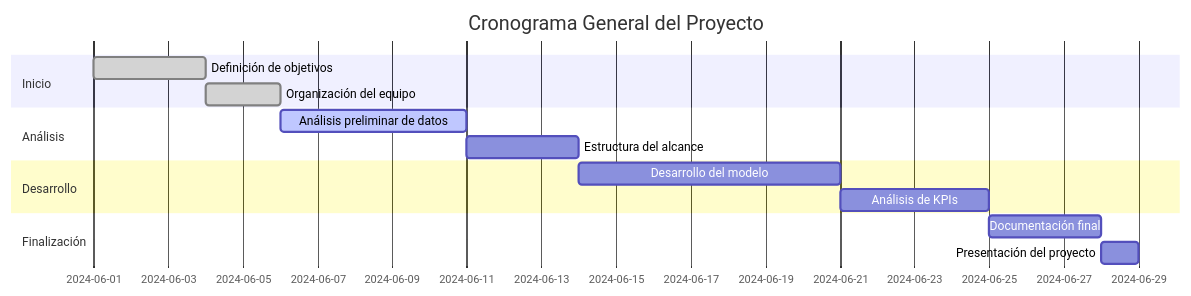
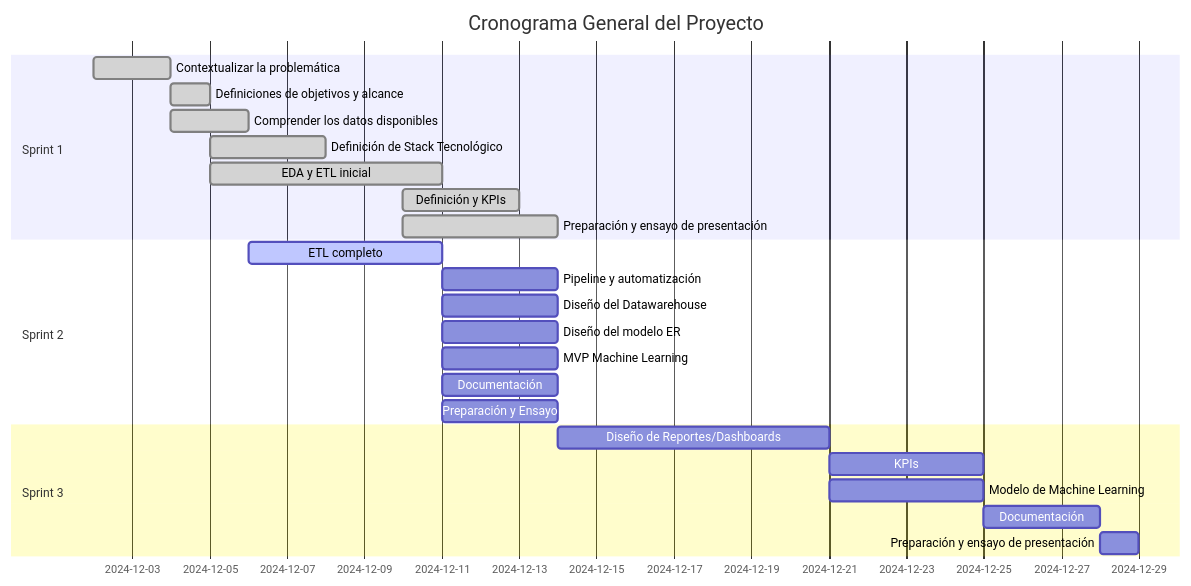
The diagram in README.md (SDCaFlo/datapt11_pf_grupo02), drawn with Mermaid before and after one commit. The commit also changed other lines of this file, not shown here.

````diff
--- a/README.md
+++ b/README.md
@@ -222,18 +226,27 @@
 ```mermaid
 gantt
     title Cronograma General del Proyecto
     dateFormat  YYYY-MM-DD
-    section Inicio
-    Definición de objetivos           :done, b1, 2024-06-01, 3d
-    Organización del equipo           :done, a2, 2024-06-04, 2d
-    section Análisis
-    Análisis preliminar de datos      :active, b1, 2024-06-06, 5d
-    Estructura del alcance            :b2, 2024-06-11, 3d
-    section Desarrollo
-    Desarrollo del modelo             :c1, 2024-06-14, 7d
-    Análisis de KPIs                  :c2, 2024-06-21, 4d
-    section Finalización
-    Documentación final               :d1, 2024-06-25, 3d
-    Presentación del proyecto         :d2, 2024-06-28, 1d
-
+    section Sprint 1
+    Contextualizar la problemática    :done, b1, 2024-12-02, 2d
+    Definiciones de objetivos y alcance  :done, a2, 2024-12-04, 1d
+    Comprender los datos disponibles  :done, a2, 2024-12-04, 2d
+    Definición de Stack Tecnológico  :done, a2, 2024-12-05, 3d
+    EDA y ETL inicial  :done, a2, 2024-12-05, 6d
+    Definición y KPIs  :done, a2, 2024-12-10, 3d
+    Preparación y ensayo de presentación :done, a2, 2024-12-10, 4d
+    section Sprint 2 
+    ETL completo      :active, b1, 2024-12-06, 5d
+    Pipeline y automatización            :b2, 2024-12-11, 3d
+    Diseño del Datawarehouse          :b2, 2024-12-11, 3d
+    Diseño del modelo ER          :b2, 2024-12-11, 3d
+    MVP Machine Learning         :b2, 2024-12-11, 3d
+    Documentación        :b2, 2024-12-11, 3d
+    Preparación y Ensayo   :b2, 2024-12-11, 3d
+    section Sprint 3 
+    Diseño de Reportes/Dashboards           :c1, 2024-12-14, 7d
+    KPIs                  :c2, 2024-12-21, 4d
+    Modelo de Machine Learning  :c2, 2024-12-21, 4d
+    Documentación               :d1, 2024-12-25, 3d
+    Preparación y ensayo de presentación       :d2, 2024-12-28, 1d
 ```
````
